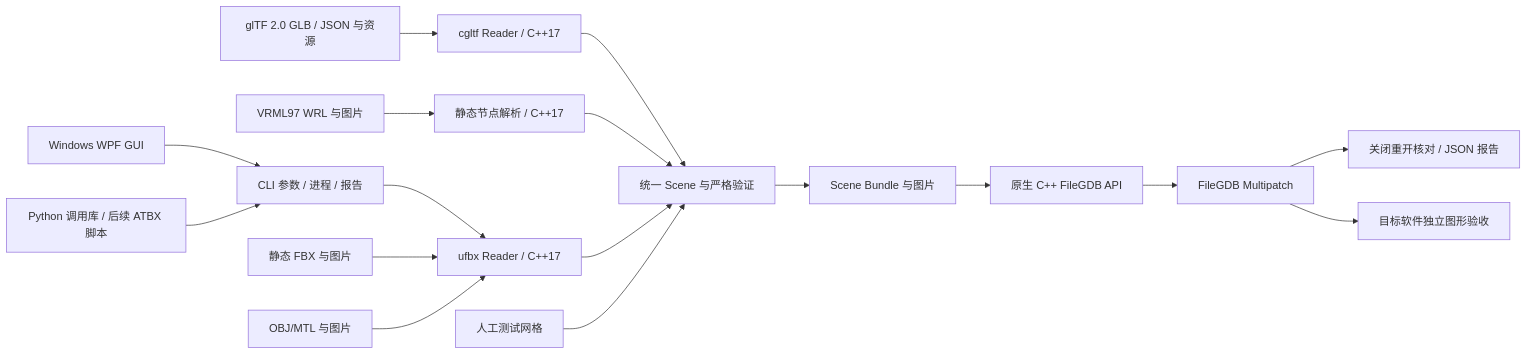
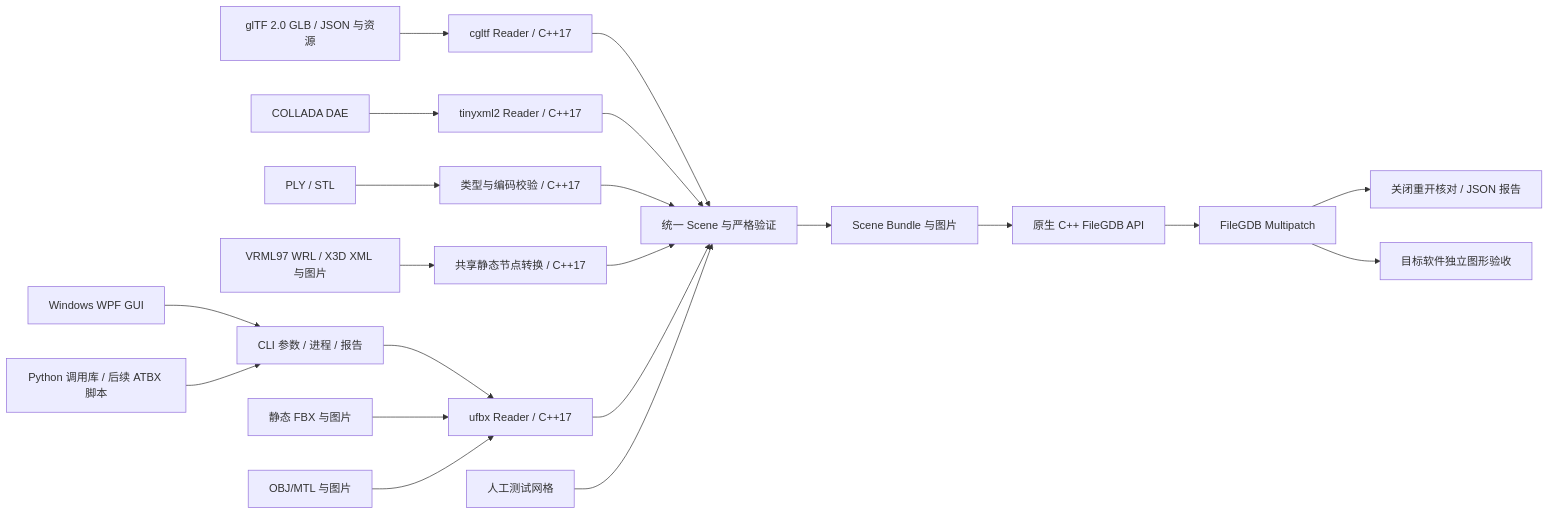
Before and after one commit to jasper-gis/GeoModelBridge: the diagram in docs/architecture.md, drawn with Mermaid. The commit also changed other lines of this file and 82 other files, not shown here.

Commit message:
Add PLY STL and X3D readers with verified native conversion

````diff
--- a/docs/architecture.md
+++ b/docs/architecture.md
@@ -5,19 +5,23 @@
 ```mermaid
 flowchart LR
   UI[Windows WPF GUI] --> C[CLI 参数 / 进程 / 报告]
   PY[Python 调用库 / 后续 ATBX 脚本] --> C
   C --> R
   FBX[静态 FBX 与图片] --> R[ufbx Reader / C++17]
   OBJ[OBJ/MTL 与图片] --> R
   GLB[glTF 2.0 GLB / JSON 与资源] --> L[cgltf Reader / C++17]
   L --> S
-  WRL[VRML97 WRL 与图片] --> W[静态节点解析 / C++17]
+  WRL[VRML97 WRL / X3D XML 与图片] --> W[共享静态节点转换 / C++17]
+  DAE[COLLADA DAE] --> D[tinyxml2 Reader / C++17]
+  D --> S
+  M[PLY / STL] --> P[类型与编码校验 / C++17]
+  P --> S
   W --> S
   R --> S[统一 Scene 与严格验证]
   F[人工测试网格] --> S
   S --> B[Scene Bundle 与图片]
   B --> N[原生 C++ FileGDB API]
   N --> G[FileGDB Multipatch]
   G --> V[关闭重开核对 / JSON 报告]
   G --> A[目标软件独立图形验收]
 ```
````
